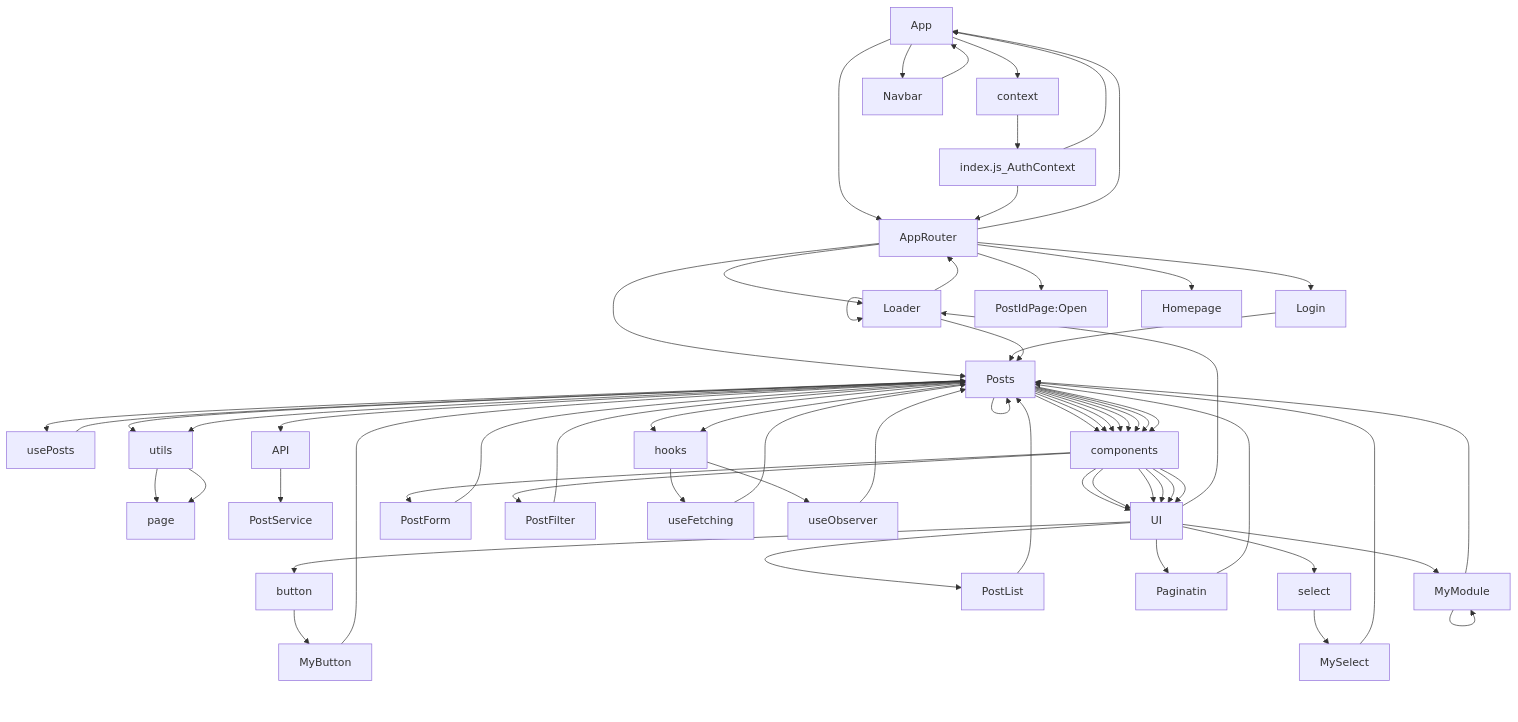
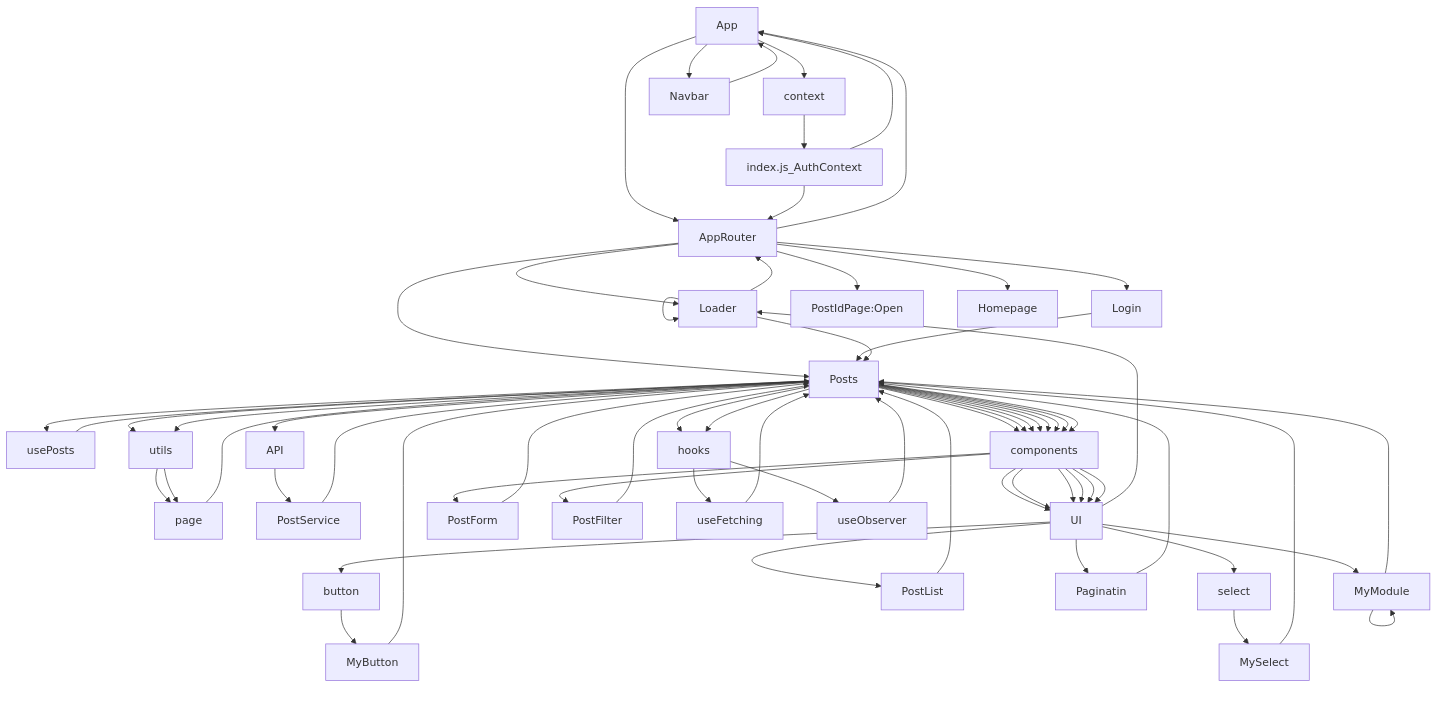
One commit to Freeze35/test-react-project changed the first of 2 diagrams in README.md. Above: the diagram before and after it, drawn with Mermaid.

````diff
--- a/README.md
+++ b/README.md
@@ -112,40 +112,40 @@
 ```mermaid
 graph TD;
    App-->context-->index.js_AuthContext-->App
    App-->Navbar
    App-->AppRouter
    Navbar-->App
    AppRouter-->App
    index.js_AuthContext-->AppRouter
    AppRouter-->Loader
    Loader-->AppRouter
    AppRouter-->Posts
    AppRouter-->Login
    Login-->Posts
    AppRouter-->PostIdPage:Open
    AppRouter-->Homepage
    Posts-->usePosts-->Posts
+   Posts-->utils-->page-->Posts
+   Posts-->API-->PostService-->Posts
    Posts-->utils-->page
-Posts-->API-->PostService
-Posts-->Posts-->utils-->page
-Posts-->components-->UI-->button-->MyButton
-MyButton-->Posts
-Posts-->components-->UI-->MyModule-->MyModule
-MyModule-->Posts
-Posts-->components-->PostForm
-PostForm-->Posts
-Posts-->components-->PostFilter
-PostFilter-->Posts
-Posts-->components-->UI-->PostList
-PostList-->Posts
-Posts-->components-->UI-->Loader-->Loader
-Loader-->Posts
-Posts-->components-->UI-->Paginatin
-Paginatin-->Posts
-Posts-->hooks-->useFetching
-useFetching-->Posts
-Posts-->hooks-->useObserver
-useObserver-->Posts
-Posts-->components-->UI-->select-->MySelect
-MySelect-->Posts
+   Posts-->components-->UI-->button-->MyButton
+   MyButton-->Posts
+   Posts-->components-->UI-->MyModule-->MyModule
+   MyModule-->Posts
+   Posts-->components-->PostForm
+   PostForm-->Posts
+   Posts-->components-->PostFilter
+   PostFilter-->Posts
+   Posts-->components-->UI-->PostList
+   PostList-->Posts
+   Posts-->components-->UI-->Loader-->Loader
+   Loader-->Posts
+   Posts-->components-->UI-->Paginatin
+   Paginatin-->Posts
+   Posts-->hooks-->useFetching
+   useFetching-->Posts
+   Posts-->hooks-->useObserver
+   useObserver-->Posts
+   Posts-->components-->UI-->select-->MySelect
+   MySelect-->Posts
 ```
````
